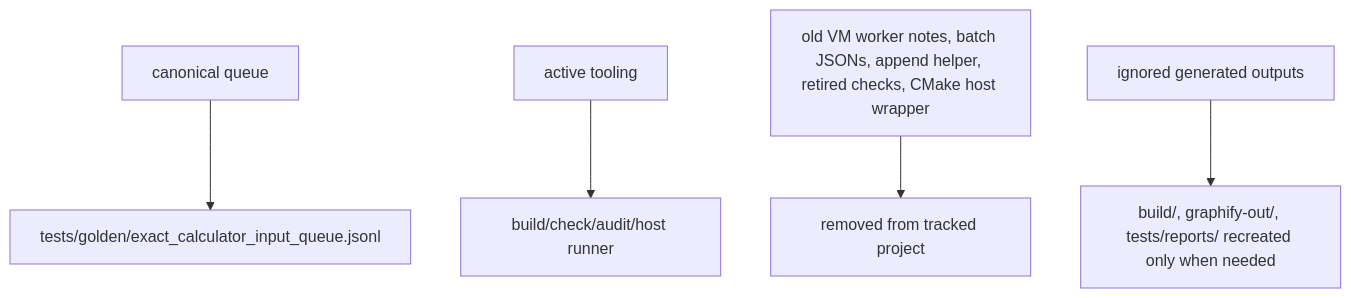
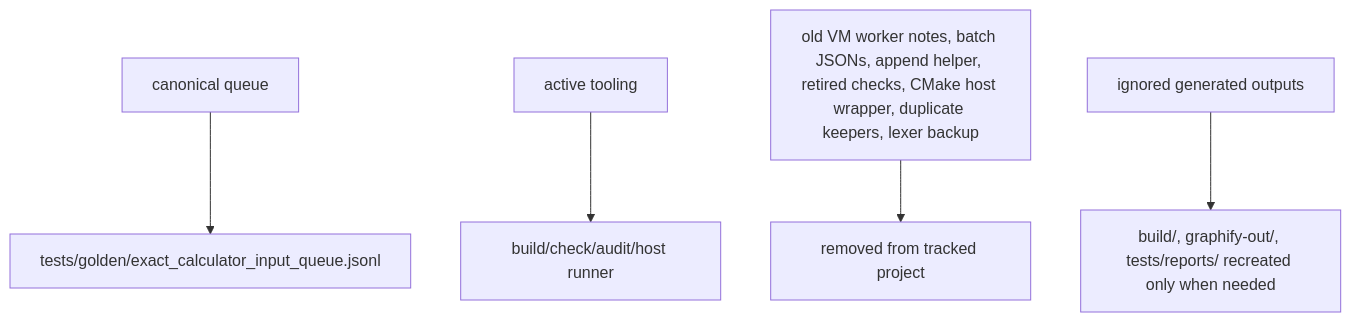
The sixth of 6 diagrams in docs/GRAPH.md (james8464/notes-addin-casio-fx-cg50), drawn with Mermaid before and after one commit. The commit also changed other lines of this file and 12 other files, not shown here.

````diff
--- a/docs/GRAPH.md
+++ b/docs/GRAPH.md
@@ -76,7 +76,7 @@
 ```mermaid
 graph TD
   Canon["canonical queue"] --> Golden["tests/golden/exact_calculator_input_queue.jsonl"]
   Tooling["active tooling"] --> Build["build/check/audit/host runner"]
-  Old["old VM worker notes, batch JSONs, append helper, retired checks, CMake host wrapper"] --> Pruned["removed from tracked project"]
+  Old["old VM worker notes, batch JSONs, append helper, retired checks, CMake host wrapper, duplicate keepers, lexer backup"] --> Pruned["removed from tracked project"]
   Reports["ignored generated outputs"] --> Recreate["build/, graphify-out/, tests/reports/ recreated only when needed"]
 ```
````
